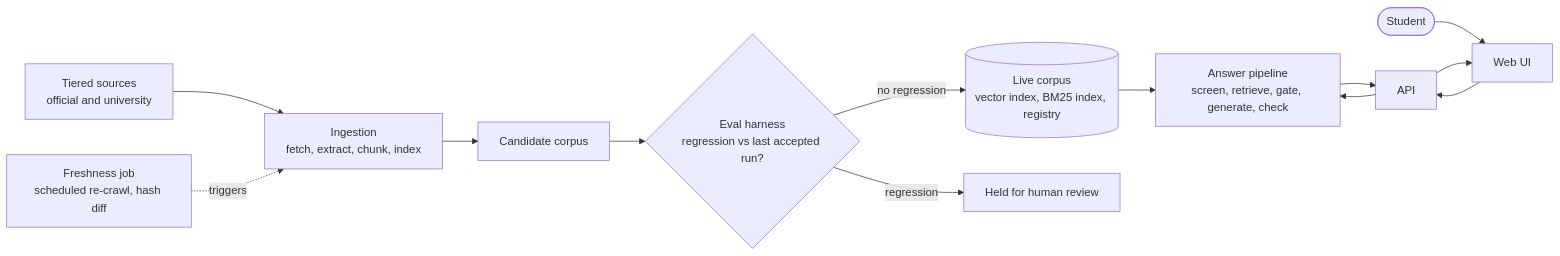
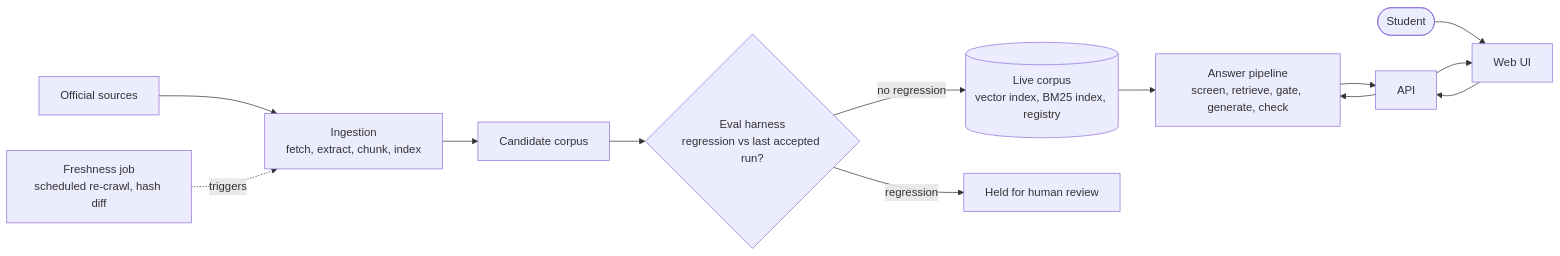
The first of 6 diagrams in docs/core/Architecture.md (hemanta12/f1-waypoint), drawn with Mermaid before and after one commit. The commit also changed other lines of this file and 4 other files, not shown here.

````diff
--- a/docs/core/Architecture.md
+++ b/docs/core/Architecture.md
@@ -13,16 +13,16 @@
 ```mermaid
 flowchart LR
-  SRC["Tiered sources<br/>official and university"] --> ING["Ingestion<br/>fetch, extract, chunk, index"]
+  SRC["Official sources"] --> ING["Ingestion<br/>fetch, extract, chunk, index"]
   FRESH["Freshness job<br/>scheduled re-crawl, hash diff"] -.->|"triggers"| ING
   ING --> CAND["Candidate corpus"]
   CAND --> EVAL{"Eval harness<br/>regression vs last accepted run?"}
   EVAL -->|"no regression"| LIVE[("Live corpus<br/>vector index, BM25 index, registry")]
   EVAL -->|"regression"| HOLD["Held for human review"]
 
   STU(["Student"]) --> UI["Web UI"]
   UI --> API["API"]
   API --> PIPE["Answer pipeline<br/>screen, retrieve, gate, generate, check"]
   LIVE --> PIPE
   PIPE --> API
   API --> UI
 ```
````
